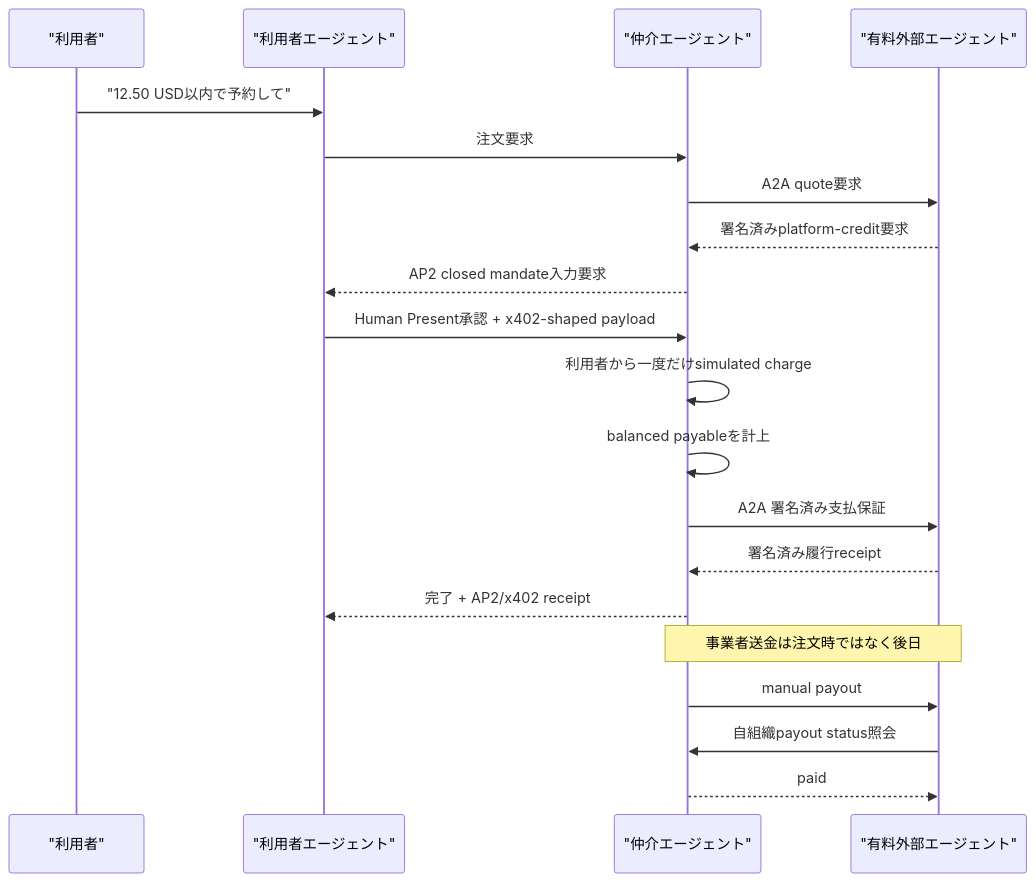
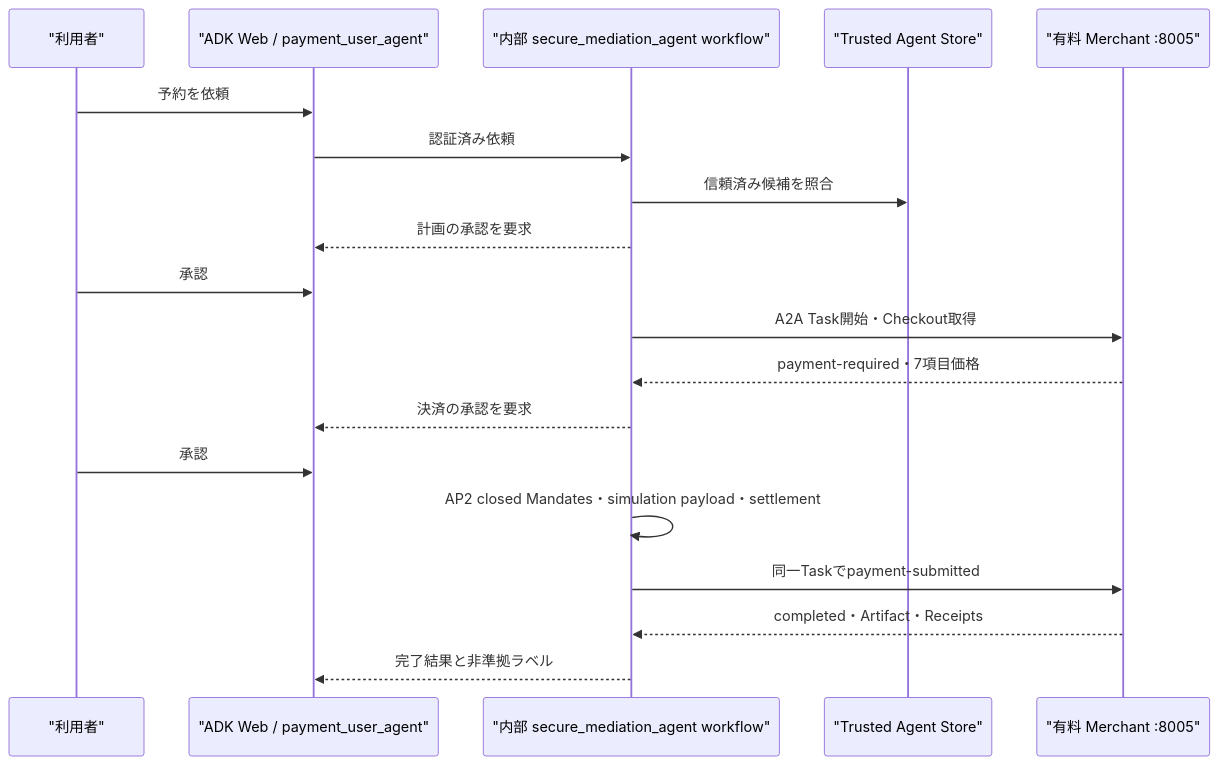
The diagram in docs/AP2_X402_DEMO_GUIDE.md (TaichiHiromatsu/secure-ai-agent-matching-platform), drawn with Mermaid before and after one commit. The commit also changed other lines of this file and 120 other files, not shown here.

Commit message:
Integrate AP2 payment mediation demo

````diff
--- a/docs/AP2_X402_DEMO_GUIDE.md
+++ b/docs/AP2_X402_DEMO_GUIDE.md
@@ -9,23 +10,22 @@
 ```mermaid
 sequenceDiagram
     participant U as "利用者"
-    participant UA as "利用者エージェント"
-    participant M as "仲介エージェント"
-    participant PA as "有料外部エージェント"
+    participant UI as "ADK Web / payment_user_agent"
+    participant M as "内部 secure_mediation_agent workflow"
+    participant S as "Trusted Agent Store"
+    participant P as "有料 Merchant :8005"
 
-    U->>UA: "12.50 USD以内で予約して"
-    UA->>M: 注文要求
-    M->>PA: A2A quote要求
-    PA-->>M: 署名済みplatform-credit要求
-    M-->>UA: AP2 closed mandate入力要求
-    UA->>M: Human Present承認 + x402-shaped payload
-    M->>M: 利用者から一度だけsimulated charge
-    M->>M: balanced payableを計上
-    M->>PA: A2A 署名済み支払保証
-    PA-->>M: 署名済み履行receipt
-    M-->>UA: 完了 + AP2/x402 receipt
-    Note over M,PA: 事業者送金は注文時ではなく後日
-    M->>PA: manual payout
-    PA->>M: 自組織payout status照会
-    M-->>PA: paid
+    U->>UI: 予約を依頼
+    UI->>M: 認証済み依頼
+    M->>S: 信頼済み候補を照合
+    M-->>UI: 計画の承認を要求
+    U->>UI: 承認
+    M->>P: A2A Task開始・Checkout取得
+    P-->>M: payment-required・7項目価格
+    M-->>UI: 決済の承認を要求
+    U->>UI: 承認
+    M->>M: AP2 closed Mandates・simulation payload・settlement
+    M->>P: 同一Taskでpayment-submitted
+    P-->>M: completed・Artifact・Receipts
+    M-->>UI: 完了結果と非準拠ラベル
 ```
````
